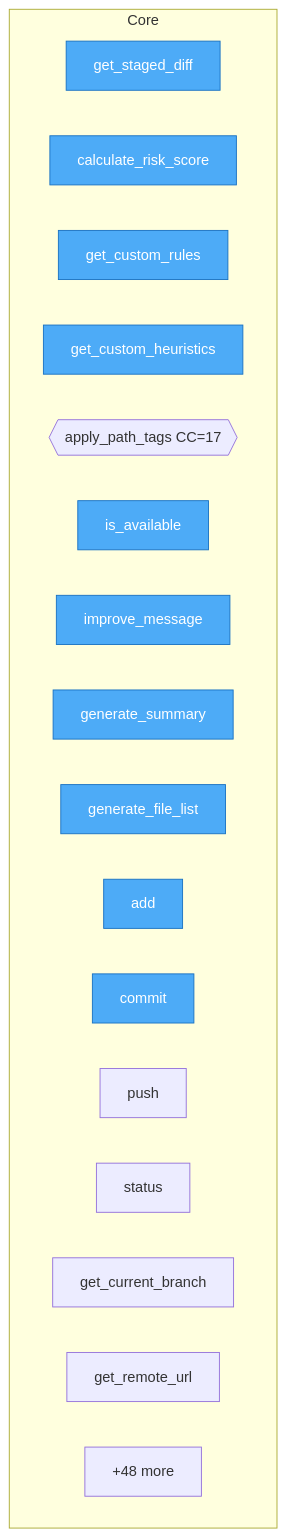
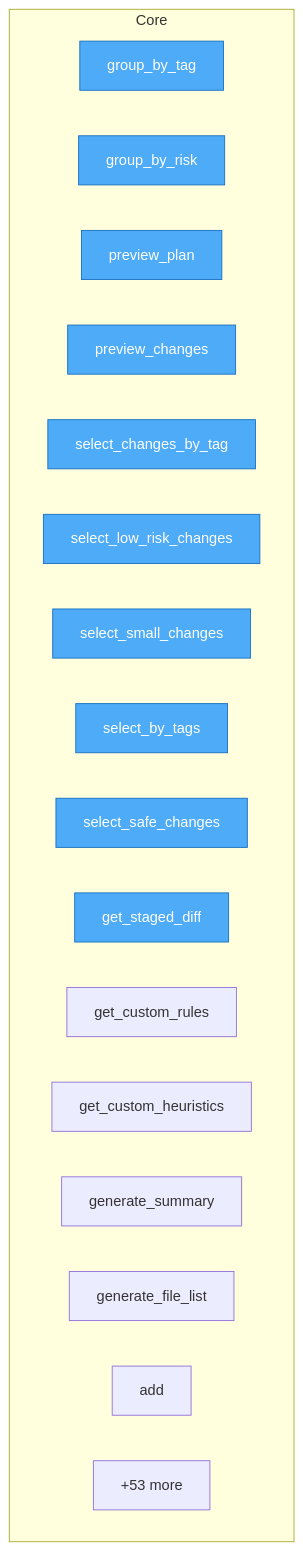
One commit to semcod/tagi changed the diagram in project/flow.mmd. Above: the diagram before and after it, drawn with Mermaid. The commit also changed 36 other files, not shown here.

```diff
--- a/project/flow.mmd
+++ b/project/flow.mmd
@@ -1,26 +1,26 @@
 flowchart TD
 %% generated in 0.00s
 
     %% Entry points (blue)
     classDef entry fill:#4dabf7,stroke:#1971c2,color:#fff
 
     subgraph Core
+        src__tagi__planner__grouper__group_by_tag["group_by_tag"]
+        src__tagi__planner__grouper__group_by_risk["group_by_risk"]
+        src__tagi__planner__preview__preview_plan["preview_plan"]
+        src__tagi__planner__preview__preview_changes["preview_changes"]
+        src__tagi__planner__selector__select_changes_by_tag["select_changes_by_tag"]
+        src__tagi__planner__selector__select_low_risk_changes["select_low_risk_changes"]
+        src__tagi__planner__selector__select_small_changes["select_small_changes"]
+        src__tagi__planner__selector__select_by_tags["select_by_tags"]
+        src__tagi__planner__selector__select_safe_changes["select_safe_changes"]
         src__tagi__scanner__diff__get_staged_diff["get_staged_diff"]
-        src__tagi__heuristics__scoring__calculate_risk_score["calculate_risk_score"]
         src__tagi__heuristics__rules__get_custom_rules["get_custom_rules"]
         src__tagi__heuristics__rules__get_custom_heuristics["get_custom_heuristics"]
-        src__tagi__heuristics__tags__apply_path_tags{{apply_path_tags CC=17}}
-        src__tagi__llm__llx_adapter__LlxAdapter__is_available["is_available"]
-        src__tagi__llm__llx_adapter__LlxAdapter__improve_message["improve_message"]
         src__tagi__composer__summary__generate_summary["generate_summary"]
         src__tagi__composer__summary__generate_file_list["generate_file_list"]
         src__tagi__executor__git__GitExecutor__add["add"]
-        src__tagi__executor__git__GitExecutor__commit["commit"]
-        src__tagi__executor__git__GitExecutor__push["push"]
-        src__tagi__executor__git__GitExecutor__status["status"]
-        src__tagi__executor__git__GitExecutor__get_current_branch["get_current_branch"]
-        src__tagi__executor__git__GitExecutor__get_remote_url["get_remote_url"]
-        ...["+48 more"]
+        ...["+53 more"]
     end
 
-    class src__tagi__scanner__diff__get_staged_diff,src__tagi__heuristics__scoring__calculate_risk_score,src__tagi__heuristics__rules__get_custom_rules,src__tagi__heuristics__rules__get_custom_heuristics,src__tagi__llm__llx_adapter__LlxAdapter__is_available,src__tagi__llm__llx_adapter__LlxAdapter__improve_message,src__tagi__composer__summary__generate_summary,src__tagi__composer__summary__generate_file_list,src__tagi__executor__git__GitExecutor__add,src__tagi__executor__git__GitExecutor__commit entry
+    class src__tagi__planner__grouper__group_by_tag,src__tagi__planner__grouper__group_by_risk,src__tagi__planner__preview__preview_plan,src__tagi__planner__preview__preview_changes,src__tagi__planner__selector__select_changes_by_tag,src__tagi__planner__selector__select_low_risk_changes,src__tagi__planner__selector__select_small_changes,src__tagi__planner__selector__select_by_tags,src__tagi__planner__selector__select_safe_changes,src__tagi__scanner__diff__get_staged_diff entry
```
